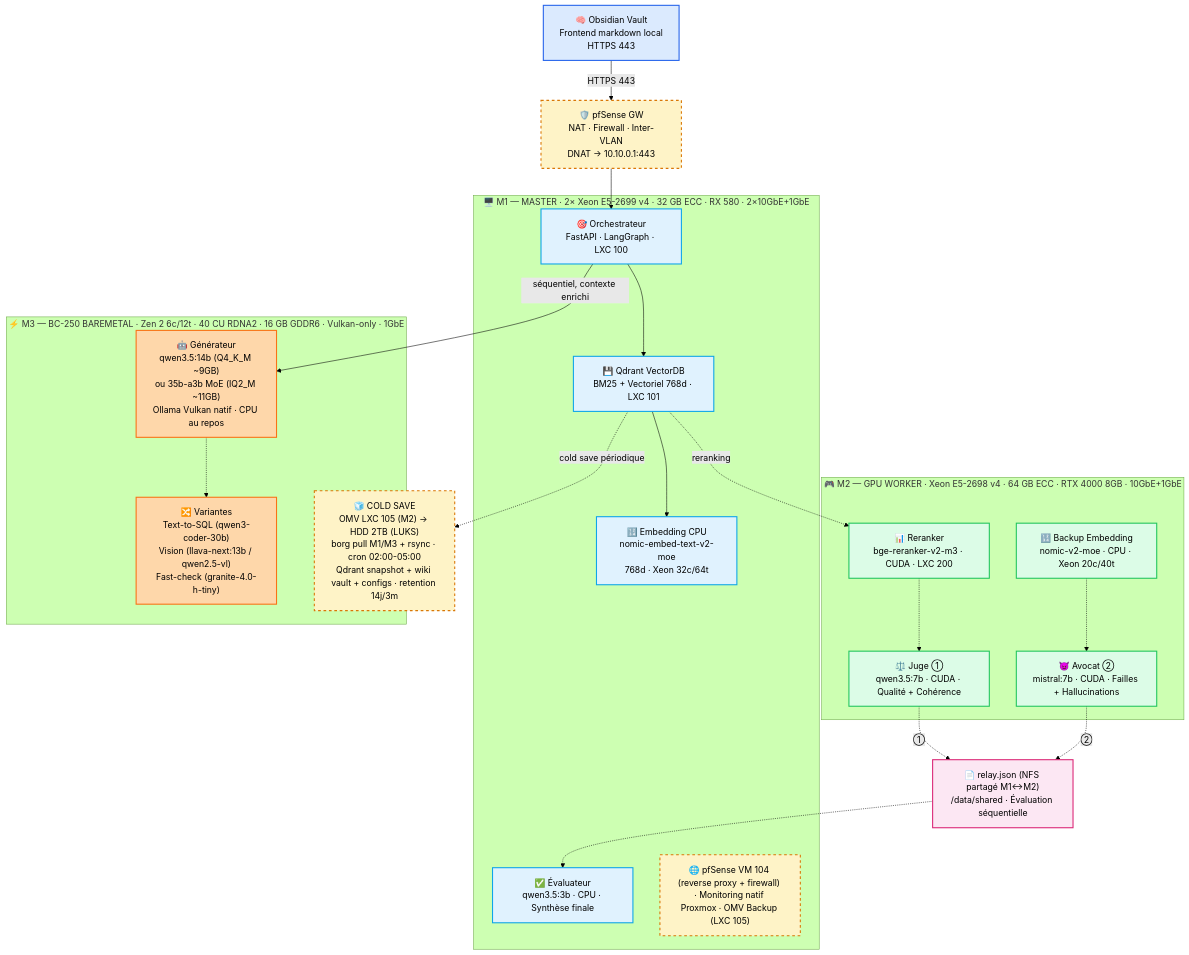
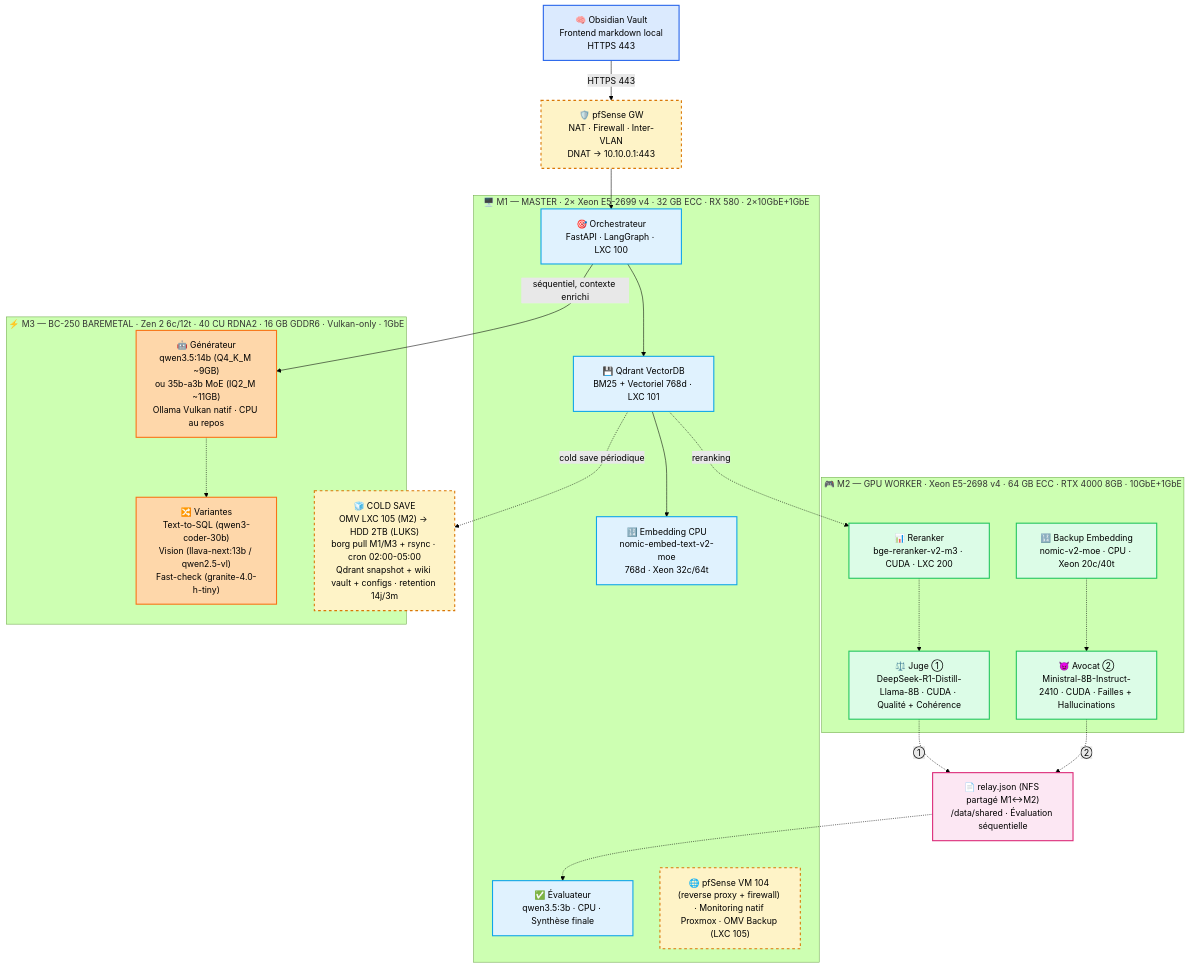
Before and after one commit to chelmooz/rag-multi-agent-cluster: the diagram in docs/diagrams/01-cluster-overview.md, drawn with Mermaid (forest theme). The commit also changed 8 other files, not shown here.

Commit message:
docs(models): replace stale qwen3.5:7b / mistral-small-3.2:7b refs with HF Q4_K_M ids (C4.1)

````diff
--- a/docs/diagrams/01-cluster-overview.md
+++ b/docs/diagrams/01-cluster-overview.md
@@ -1,51 +1,51 @@
 ```mermaid
 flowchart TB
     classDef frontend fill:#dbeafe,stroke:#2563eb,stroke-width:2px
     classDef m1 fill:#e0f2fe,stroke:#0ea5e9,stroke-width:2px
     classDef m2 fill:#dcfce7,stroke:#22c55e,stroke-width:2px
     classDef m3 fill:#fed7aa,stroke:#f97316,stroke-width:2px
     classDef relay fill:#fce7f3,stroke:#db2777,stroke-width:2px
     classDef backup fill:#fef3c7,stroke:#d97706,stroke-width:2px,stroke-dasharray: 5 5
 
     Client["🧠 Obsidian Vault<br/>Frontend markdown local<br/>HTTPS 443"]:::frontend
     GW["🛡️ pfSense GW<br/>NAT · Firewall · Inter-VLAN<br/>DNAT → 10.10.0.1:443"]:::backup
 
     subgraph M1["🖥️ M1 — MASTER · 2× Xeon E5-2699 v4 · 32 GB ECC · RX 580 · 2×10GbE+1GbE"]
         Orch["🎯 Orchestrateur<br/>FastAPI · LangGraph · LXC 100"]:::m1
         Qdrant["💾 Qdrant VectorDB<br/>BM25 + Vectoriel 768d · LXC 101"]:::m1
         Embed["🔢 Embedding CPU<br/>nomic-embed-text-v2-moe<br/>768d · Xeon 32c/64t"]:::m1
         Eval["✅ Évaluateur<br/>qwen3.5:3b · CPU · Synthèse finale"]:::m1
         Gate["🌐 pfSense VM 104 (reverse proxy + firewall) · Monitoring natif Proxmox · OMV Backup (LXC 105)"]:::backup
     end
 
     subgraph M2["🎮 M2 — GPU WORKER · Xeon E5-2698 v4 · 64 GB ECC · RTX 4000 8GB · 10GbE+1GbE"]
         Rerank["📊 Reranker<br/>bge-reranker-v2-m3 · CUDA · LXC 200"]:::m2
-        Judge["⚖️ Juge ①<br/>qwen3.5:7b · CUDA · Qualité + Cohérence"]:::m2
-        Advocate["😈 Avocat ②<br/>mistral:7b · CUDA · Failles + Hallucinations"]:::m2
+        Judge["⚖️ Juge ①<br/>DeepSeek-R1-Distill-Llama-8B · CUDA · Qualité + Cohérence"]:::m2
+        Advocate["😈 Avocat ②<br/>Ministral-8B-Instruct-2410 · CUDA · Failles + Hallucinations"]:::m2
         BackupEmbed["🔢 Backup Embedding<br/>nomic-v2-moe · CPU · Xeon 20c/40t"]:::m2
     end
 
     subgraph M3["⚡ M3 — BC-250 BAREMETAL · Zen 2 6c/12t · 40 CU RDNA2 · 16 GB GDDR6 · Vulkan-only · 1GbE"]
         Gen["🤖 Générateur<br/>qwen3.5:14b (Q4_K_M ~9GB)<br/>ou 35b-a3b MoE (IQ2_M ~11GB)<br/>Ollama Vulkan natif · CPU au repos"]:::m3
         Variants["🔀 Variantes<br/>Text-to-SQL (qwen3-coder-30b)<br/>Vision (llava-next:13b / qwen2.5-vl)<br/>Fast-check (granite-4.0-h-tiny)"]:::m3
     end
 
     Relay["📄 relay.json (NFS partagé M1↔M2)<br/>/data/shared · Évaluation séquentielle"]:::relay
     Cold["🧊 COLD SAVE<br/>OMV LXC 105 (M2) → HDD 2TB (LUKS)<br/>borg pull M1/M3 + rsync · cron 02:00-05:00<br/>Qdrant snapshot + wiki vault + configs · retention 14j/3m"]:::backup
 
     Client -->|HTTPS 443| GW --> Orch
     Orch --> Qdrant --> Embed
     Orch -->|séquentiel, contexte enrichi| Gen
     Gen -.-> Variants
     Qdrant -.->|reranking| Rerank
     Rerank -.-> Judge
     Judge -.->|①| Relay
     Advocate -.->|②| Relay
     Relay -.-> Eval
     BackupEmbed -.-> Advocate
     Qdrant -.->|cold save périodique| Cold
 
     %% RÈGLE D'OR BC-250 : le CPU est le serviteur du GPU.
     %% Toute charge CPU = vol de bande passante mémoire au Générateur 14B.
     %% Embedding = M1 CPU (principal) / M2 CPU (backup).
 ```
````
